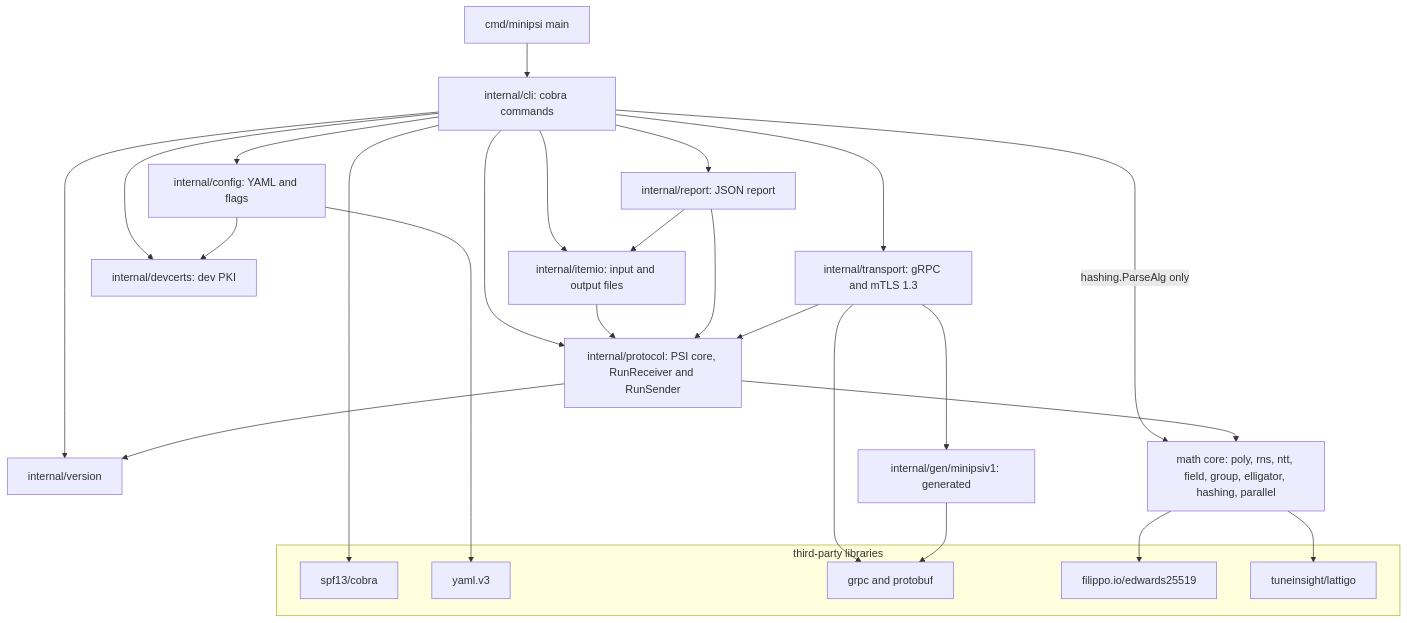
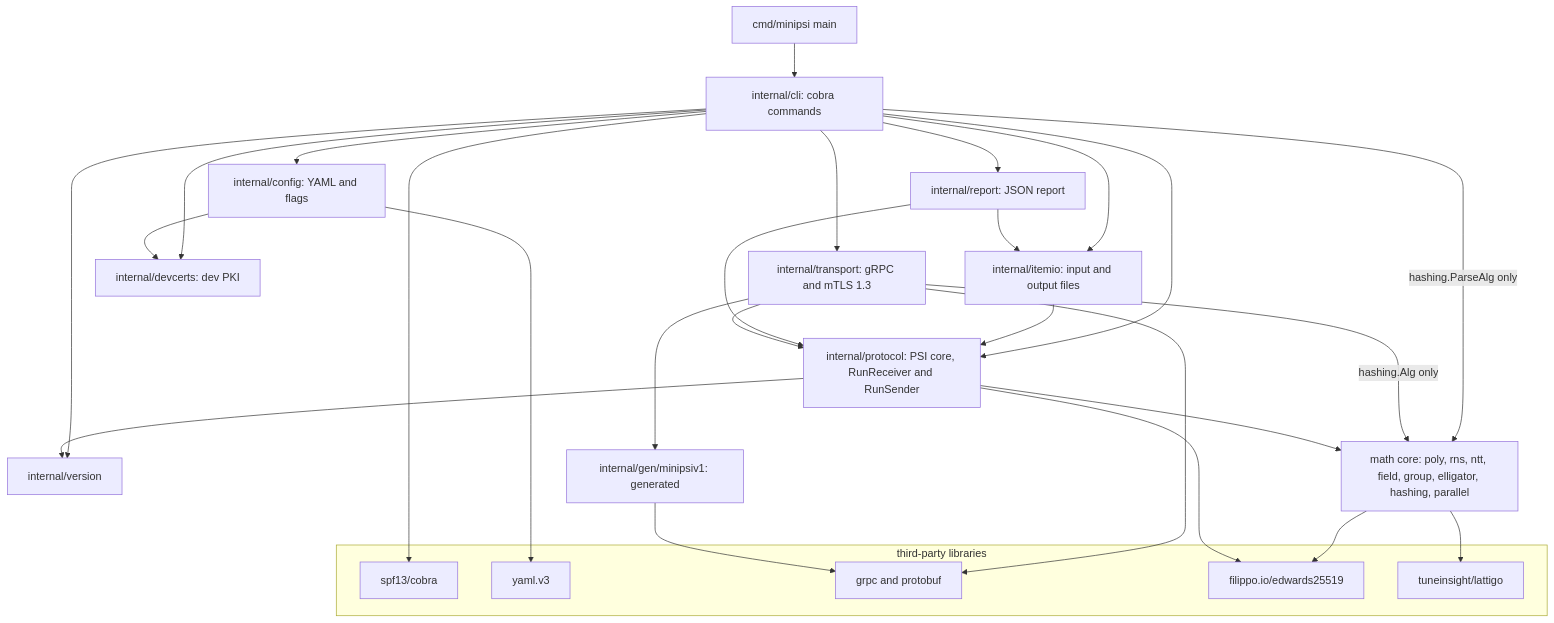
One commit to XSpring/minipsi-relay changed the first of 2 diagrams in docs/ENTRY_POINTS.md. Above: the diagram before and after it, drawn with Mermaid. The commit also changed other lines of this file and 3 other files, not shown here.

First line of the commit message:
docs(analysis): fix errors from the entry point and call graph review

````diff
--- a/docs/ENTRY_POINTS.md
+++ b/docs/ENTRY_POINTS.md
@@ -71,33 +71,35 @@
 ```mermaid
 flowchart TD
   main["cmd/minipsi main"] --> cli["internal/cli: cobra commands"]
   cli --> config["internal/config: YAML and flags"]
   cli --> itemio["internal/itemio: input and output files"]
   cli --> report["internal/report: JSON report"]
   cli --> devcerts["internal/devcerts: dev PKI"]
   cli --> version["internal/version"]
   cli --> transport["internal/transport: gRPC and mTLS 1.3"]
   cli --> protocol["internal/protocol: PSI core, RunReceiver and RunSender"]
   cli -->|"hashing.ParseAlg only"| math
   config --> devcerts
   itemio --> protocol
   report --> protocol
   report --> itemio
   transport --> gen["internal/gen/minipsiv1: generated"]
   transport --> protocol
+  transport -->|"hashing.Alg only"| math
   protocol --> math["math core: poly, rns, ntt, field, group, elligator, hashing, parallel"]
   protocol --> version
   subgraph thirdparty ["third-party libraries"]
     cobra["spf13/cobra"]
     yaml["yaml.v3"]
     grpc["grpc and protobuf"]
     ed["filippo.io/edwards25519"]
     lat["tuneinsight/lattigo"]
   end
   cli --> cobra
   config --> yaml
   transport --> grpc
   gen --> grpc
   math --> ed
+  protocol --> ed
   math --> lat
 ```
````
